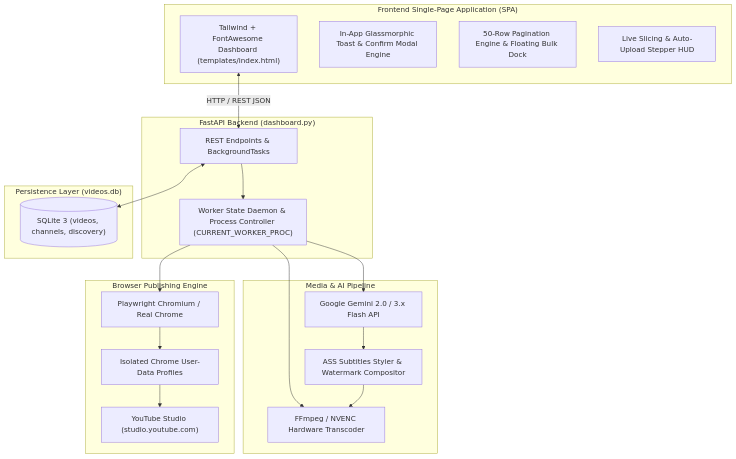
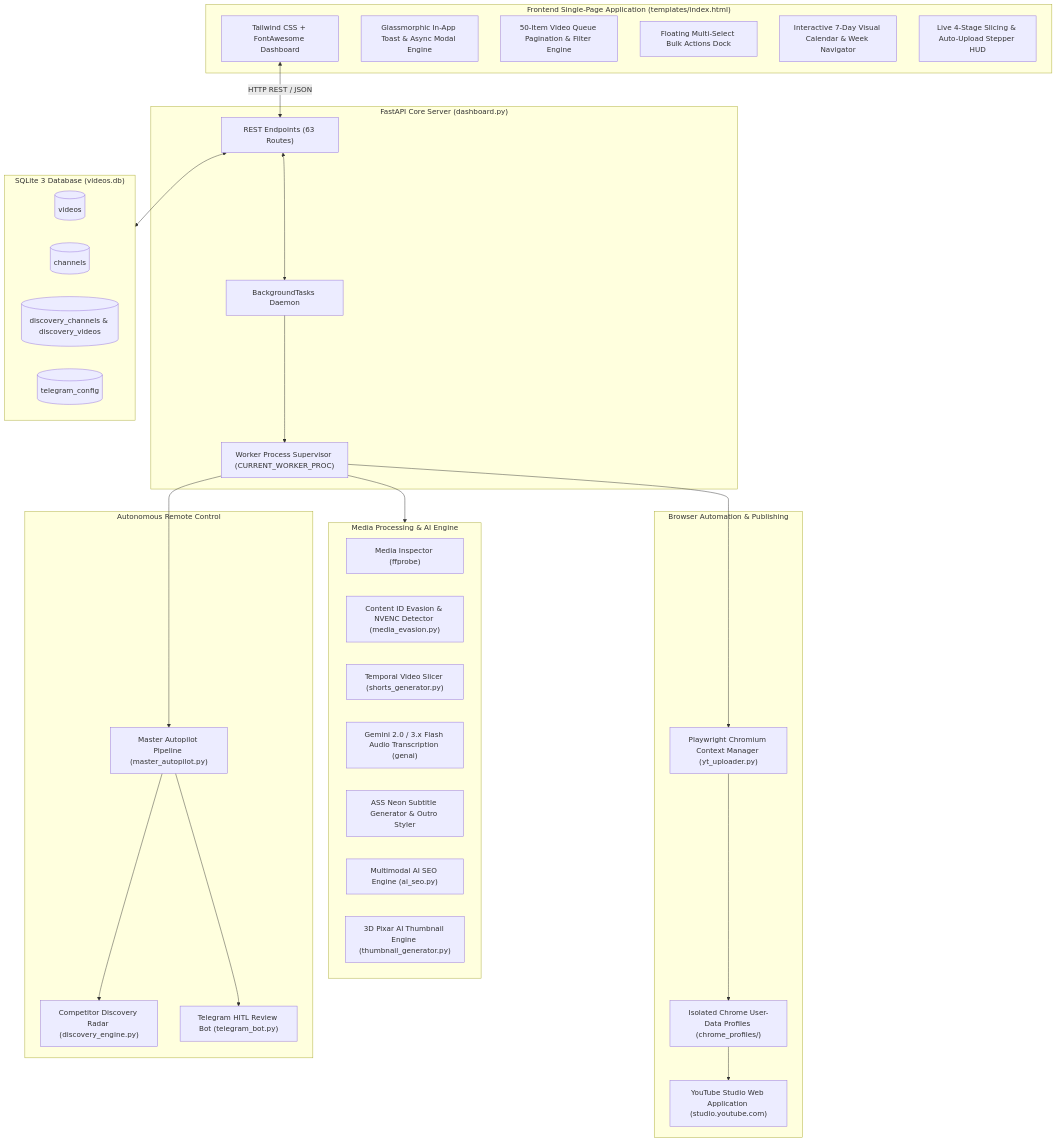
Before and after one commit to pardeepsinghverma/YoutubeCeo: the diagram in ARCHITECTURE.md, drawn with Mermaid. The commit also changed other lines of this file and 4 other files, not shown here.

Commit message:
docs: comprehensive architecture, API, and telegram persistence documentation update

````diff
--- a/ARCHITECTURE.md
+++ b/ARCHITECTURE.md
@@ -13,41 +13,58 @@
 ```mermaid
 flowchart TD
-    subgraph Client ["Frontend Single-Page Application (SPA)"]
-        UI["Tailwind + FontAwesome Dashboard (templates/index.html)"]
-        Toast["In-App Glassmorphic Toast & Confirm Modal Engine"]
-        Pagination["50-Row Pagination Engine & Floating Bulk Dock"]
-        HUD["Live Slicing & Auto-Upload Stepper HUD"]
+    subgraph Client ["Frontend Single-Page Application (templates/index.html)"]
+        UI["Tailwind CSS + FontAwesome Dashboard"]
+        Toast["Glassmorphic In-App Toast & Async Modal Engine"]
+        Pagination["50-Item Video Queue Pagination & Filter Engine"]
+        Dock["Floating Multi-Select Bulk Actions Dock"]
+        Calendar["Interactive 7-Day Visual Calendar & Week Navigator"]
+        HUD["Live 4-Stage Slicing & Auto-Upload Stepper HUD"]
     end
 
-    subgraph Server ["FastAPI Backend (dashboard.py)"]
-        API["REST Endpoints & BackgroundTasks"]
-        Worker["Worker State Daemon & Process Controller (CURRENT_WORKER_PROC)"]
+    subgraph Backend ["FastAPI Core Server (dashboard.py)"]
+        API["REST Endpoints (63 Routes)"]
+        Tasks["BackgroundTasks Daemon"]
+        Supervisor["Worker Process Supervisor (CURRENT_WORKER_PROC)"]
     end
 
-    subgraph Database ["Persistence Layer (videos.db)"]
-        DB[("SQLite 3 (videos, channels, discovery)")]
+    subgraph Persistence ["SQLite 3 Database (videos.db)"]
+        DB_Videos[("videos")]
+        DB_Channels[("channels")]
+        DB_Discovery[("discovery_channels & discovery_videos")]
+        DB_Telegram[("telegram_config")]
     end
 
-    subgraph MediaEngine ["Media & AI Pipeline"]
-        FFMPEG["FFmpeg / NVENC Hardware Transcoder"]
-        GEMINI["Google Gemini 2.0 / 3.x Flash API"]
-        ASS["ASS Subtitles Styler & Watermark Compositor"]
+    subgraph MediaPipeline ["Media Processing & AI Engine"]
+        Inspector["Media Inspector (ffprobe)"]
+        Evasion["Content ID Evasion & NVENC Detector (media_evasion.py)"]
+        Slicer["Temporal Video Slicer (shorts_generator.py)"]
+        GeminiAI["Gemini 2.0 / 3.x Flash Audio Transcription (genai)"]
+        ASS["ASS Neon Subtitle Generator & Outro Styler"]
+        SEO["Multimodal AI SEO Engine (ai_seo.py)"]
+        Thumbnails["3D Pixar AI Thumbnail Engine (thumbnail_generator.py)"]
     end
 
-    subgraph Automation ["Browser Publishing Engine"]
-        PW["Playwright Chromium / Real Chrome"]
-        PROFILES["Isolated Chrome User-Data Profiles"]
-        YT["YouTube Studio (studio.youtube.com)"]
+    subgraph Automation ["Browser Automation & Publishing"]
+        Playwright["Playwright Chromium Context Manager (yt_uploader.py)"]
+        Profiles["Isolated Chrome User-Data Profiles (chrome_profiles/)"]
+        Studio["YouTube Studio Web Application (studio.youtube.com)"]
     end
 
-    UI <-->|HTTP / REST JSON| API
-    API <--> DB
-    API --> Worker
-    Worker --> FFMPEG
-    Worker --> GEMINI
-    GEMINI --> ASS
-    ASS --> FFMPEG
-    Worker --> PW
-    PW --> PROFILES
-    PROFILES --> YT
+    subgraph RemoteControl ["Autonomous Remote Control"]
+        Radar["Competitor Discovery Radar (discovery_engine.py)"]
+        Autopilot["Master Autopilot Pipeline (master_autopilot.py)"]
+        Telegram["Telegram HITL Review Bot (telegram_bot.py)"]
+    end
+
+    UI <-->|HTTP REST / JSON| API
+    API <--> Tasks
+    Tasks --> Supervisor
+    API <--> Persistence
+    Supervisor --> MediaPipeline
+    Supervisor --> Playwright
+    Playwright --> Profiles
+    Profiles --> Studio
+    Supervisor --> Autopilot
+    Autopilot --> Radar
+    Autopilot --> Telegram
 ```
````
